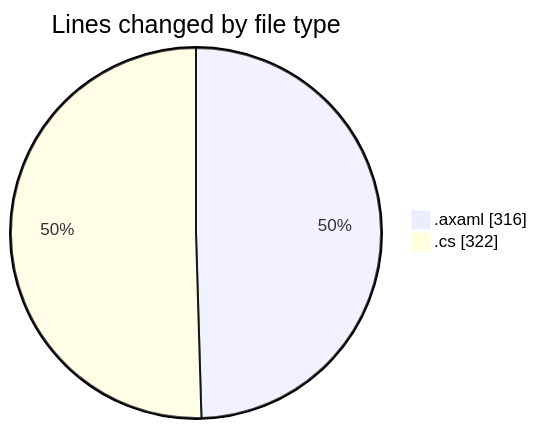
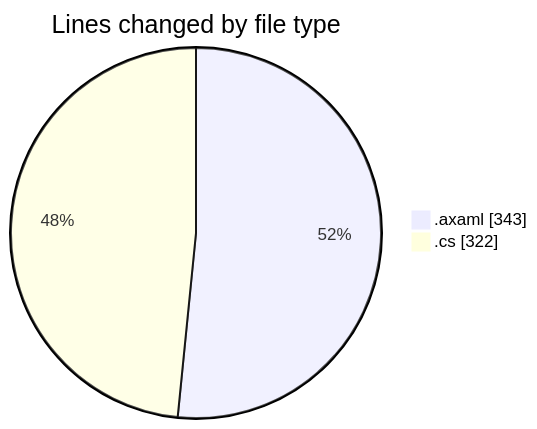
One commit to Netris89/code-tracking changed the first of 2 diagrams in 2025-10-30/skintrack/README.md. Above: the diagram before and after it, drawn with Mermaid. The commit also changed other lines of this file and 1 other file, not shown here.

````diff
--- a/2025-10-30/skintrack/README.md
+++ b/2025-10-30/skintrack/README.md
@@ -29,6 +30,6 @@
 ```mermaid
 pie showData
 title Lines changed by file type
-".axaml" : 316
+".axaml" : 343
 ".cs" : 322
 ```
````
